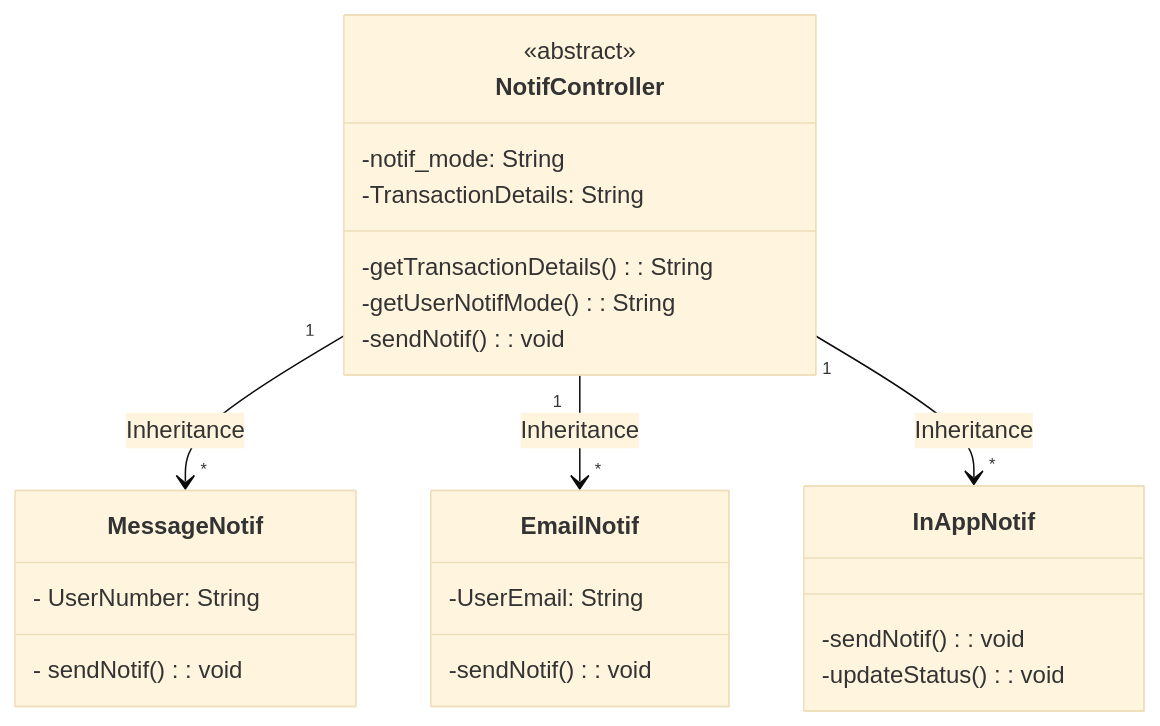
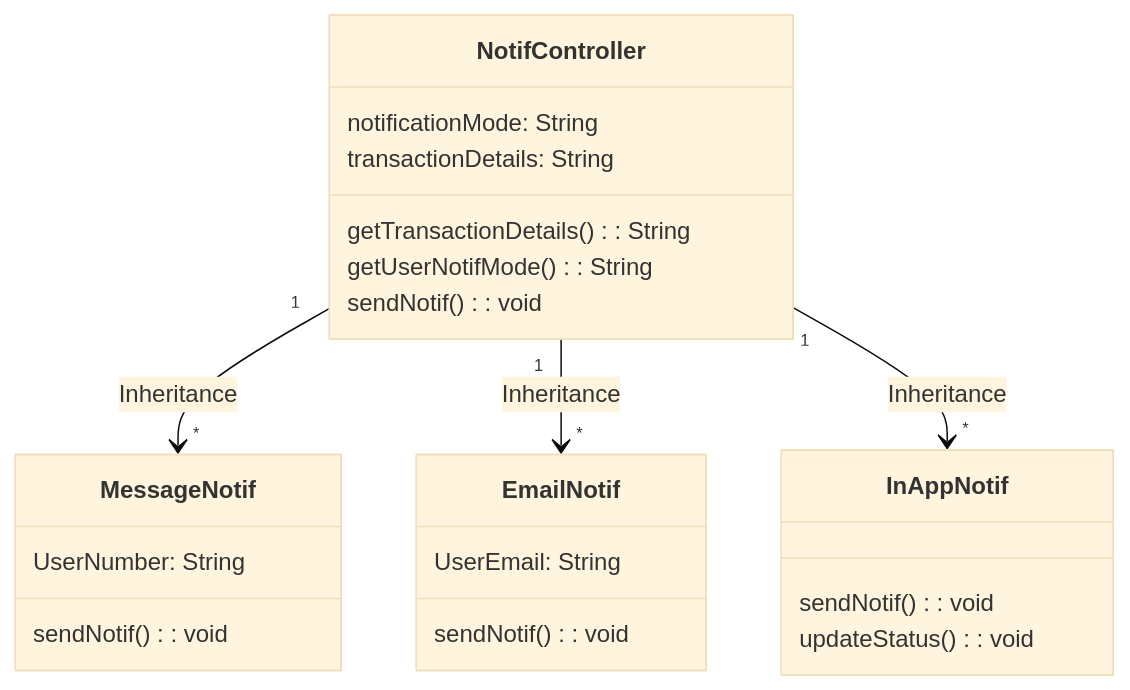
The ninth of 16 diagrams in UML Class Diagrams/mvcClass.md (Sean2309/50.003_ESC_Project), drawn with Mermaid (base theme) before and after one commit. The commit also changed other lines of this file and 10 other files, not shown here.

Commit message:
chore: updated use case diagrams

````diff
--- a/UML Class Diagrams/mvcClass.md
+++ b/UML Class Diagrams/mvcClass.md
@@ -301,34 +343,33 @@
 ```mermaid
 classDiagram
-class NotifController
-<<abstract>> NotifController
-NotifController"1" --> "*"MessageNotif: Inheritance
-NotifController"1" --> "*"EmailNotif: Inheritance
-NotifController"1" --> "*"InAppNotif: Inheritance
+class NotifController 
+NotifController "1" --> "*" MessageNotif : Inheritance
+NotifController "1" --> "*" EmailNotif : Inheritance
+NotifController "1" --> "*" InAppNotif : Inheritance
 
 
 class NotifController{
-    -notif_mode: String
-    -TransactionDetails: String
-    -getTransactionDetails(): String
-    -getUserNotifMode(): String
-    -sendNotif(): void
+    notificationMode: String
+    transactionDetails: String
+    getTransactionDetails(): String
+    getUserNotifMode(): String
+    sendNotif(): void
 }
 
 class MessageNotif{
-    - UserNumber: String
-    - sendNotif(): void
+    UserNumber: String
+    sendNotif(): void
 }
 
 class EmailNotif{
-    -UserEmail: String
-    -sendNotif(): void
+    UserEmail: String
+    sendNotif(): void
 }
 
 class InAppNotif{
-    -sendNotif(): void
-    -updateStatus(): void
+    sendNotif(): void
+    updateStatus(): void
 }
 
 
 ```
````
